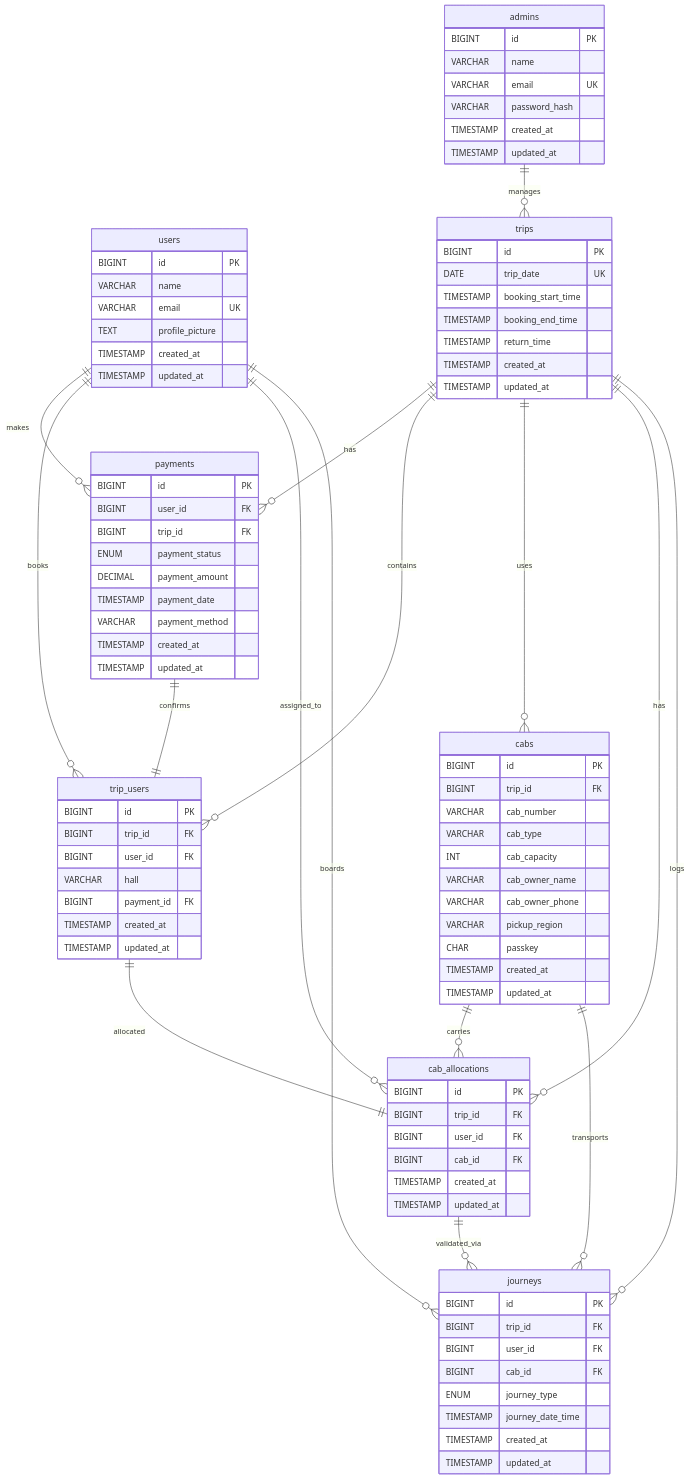
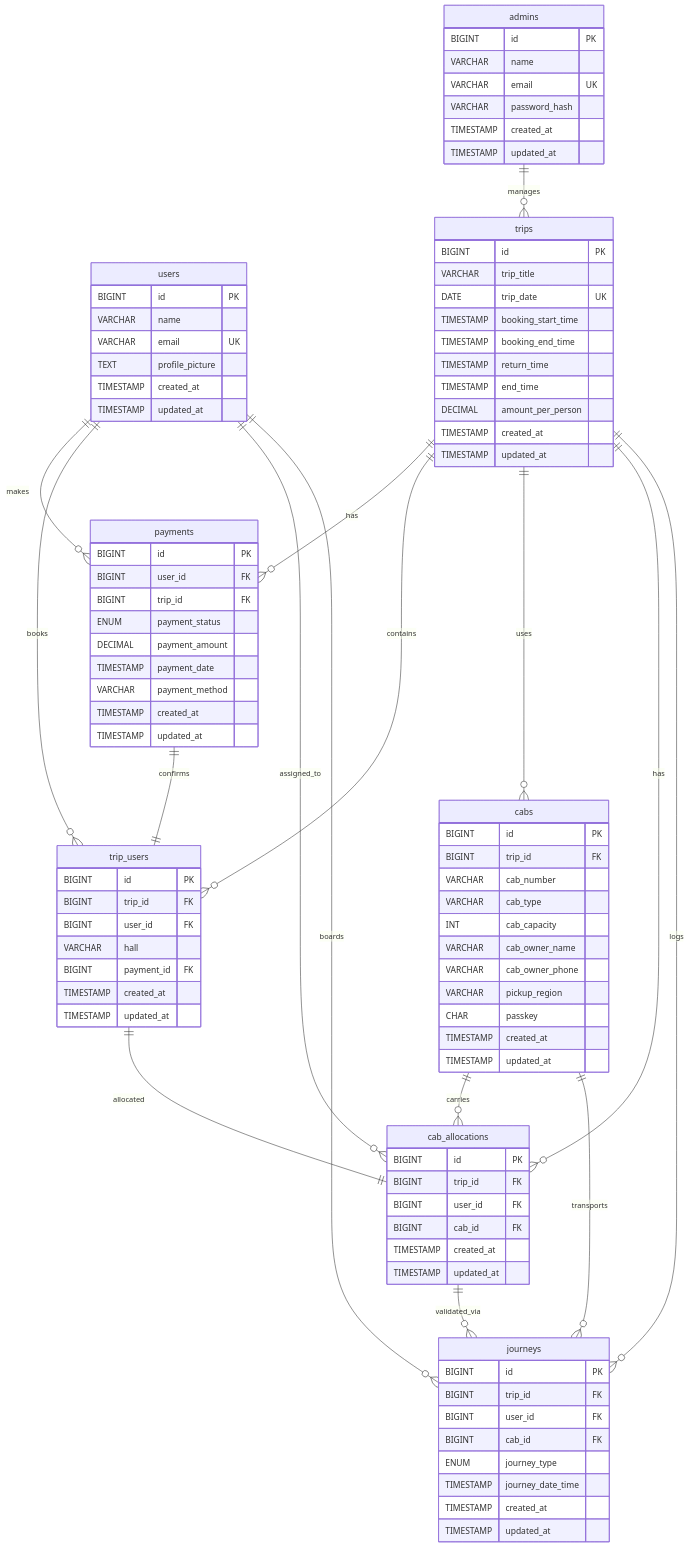
Before and after one commit to TheShahnawaaz/CabManagementSystem: the diagram in docs/ER_DIAGRAM.md, drawn with Mermaid. The commit also changed other lines of this file and 2 other files, not shown here.

Commit message:
Correct Trip table and added Table.md

```diff
--- a/docs/ER_DIAGRAM.md
+++ b/docs/ER_DIAGRAM.md
@@ -50,10 +50,13 @@
     
     trips {
         BIGINT id PK
+        VARCHAR trip_title
         DATE trip_date UK
         TIMESTAMP booking_start_time
         TIMESTAMP booking_end_time
         TIMESTAMP return_time
+        TIMESTAMP end_time
+        DECIMAL amount_per_person
         TIMESTAMP created_at
         TIMESTAMP updated_at
     }
```
